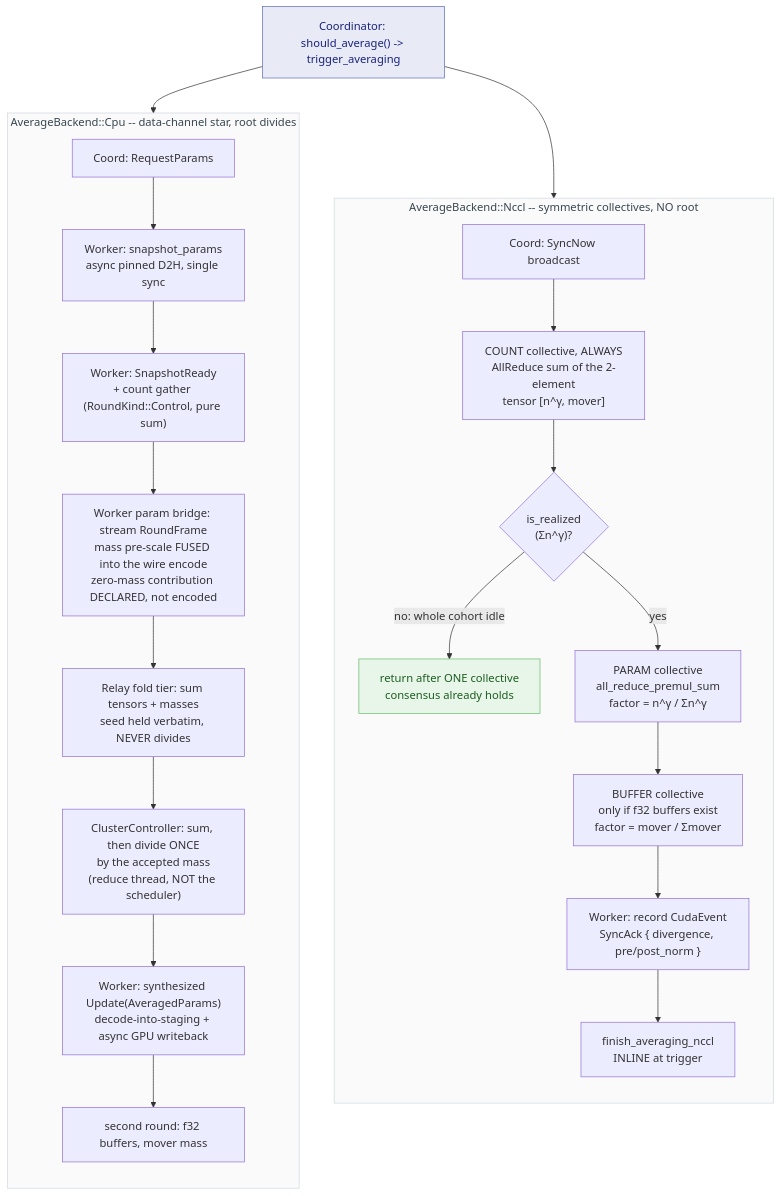
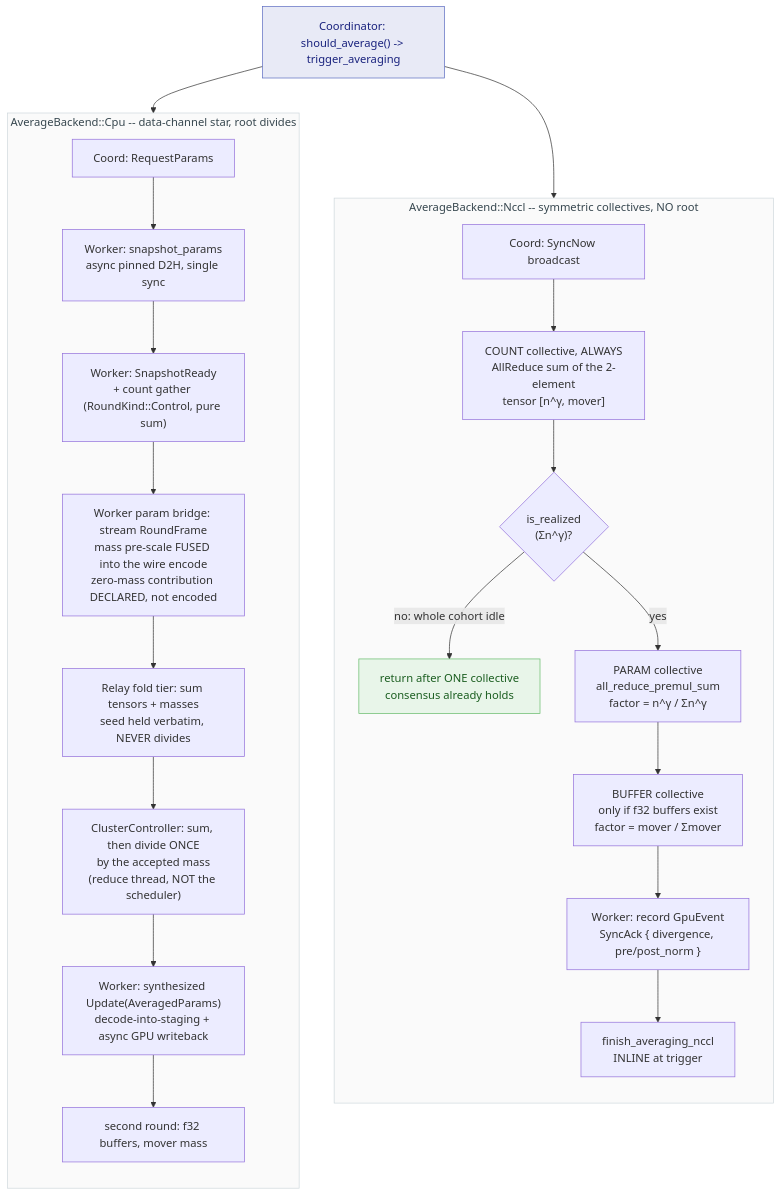
One commit to fab2s/floDl changed the fifth of 8 diagrams in docs/distributed/architecture.md. Above: the diagram before and after it, drawn with Mermaid. The commit also changed 64 other files, not shown here.

````diff
--- a/docs/distributed/architecture.md
+++ b/docs/distributed/architecture.md
@@ -389,38 +389,38 @@
 ```mermaid
 flowchart TB
     S["Coordinator: should_average() -> trigger_averaging"]
 
     subgraph nccl["AverageBackend::Nccl -- symmetric collectives, NO root"]
         direction TB
         N1["Coord: SyncNow broadcast"] --> N2["COUNT collective, ALWAYS<br/>AllReduce sum of the 2-element<br/>tensor [n^γ, mover]"]
         N2 --> N3{"is_realized<br/>(Σn^γ)?"}
         N3 -->|"no: whole cohort idle"| N4["return after ONE collective<br/>consensus already holds"]
         N3 -->|yes| N5["PARAM collective<br/>all_reduce_premul_sum<br/>factor = n^γ / Σn^γ"]
         N5 --> N6["BUFFER collective<br/>only if f32 buffers exist<br/>factor = mover / Σmover"]
-        N6 --> N7["Worker: record CudaEvent<br/>SyncAck { divergence, pre/post_norm }"]
+        N6 --> N7["Worker: record GpuEvent<br/>SyncAck { divergence, pre/post_norm }"]
         N7 --> N8["finish_averaging_nccl<br/>INLINE at trigger"]
     end
 
     subgraph cpu["AverageBackend::Cpu -- data-channel star, root divides"]
         direction TB
         P1["Coord: RequestParams"] --> P2["Worker: snapshot_params<br/>async pinned D2H, single sync"]
         P2 --> P3["Worker: SnapshotReady<br/>+ count gather (RoundKind::Control, pure sum)"]
         P3 --> P4["Worker param bridge: stream RoundFrame<br/>mass pre-scale FUSED into the wire encode<br/>zero-mass contribution DECLARED, not encoded"]
         P4 --> P5["Relay fold tier: sum tensors + masses<br/>seed held verbatim, NEVER divides"]
         P5 --> P6["ClusterController: sum, then divide ONCE<br/>by the accepted mass<br/>(reduce thread, NOT the scheduler)"]
         P6 --> P7["Worker: synthesized Update(AveragedParams)<br/>decode-into-staging + async GPU writeback"]
         P7 --> P8["second round: f32 buffers, mover mass"]
     end
 
     %% Both branches hang off one root, so they start on the same rank and the
     %% two backends read as parallel alternatives rather than a sequence.
     S --> N1
     S --> P1
 
     classDef actor fill:#e8eaf6,stroke:#5c6bc0,color:#1a237e
     classDef good fill:#e8f5e9,stroke:#66bb6a,color:#1b5e20
     class S actor
     class N4 good
     classDef group fill:#fafafa,stroke:#cfd8dc,color:#37474f
     class nccl,cpu group
 ```
````
